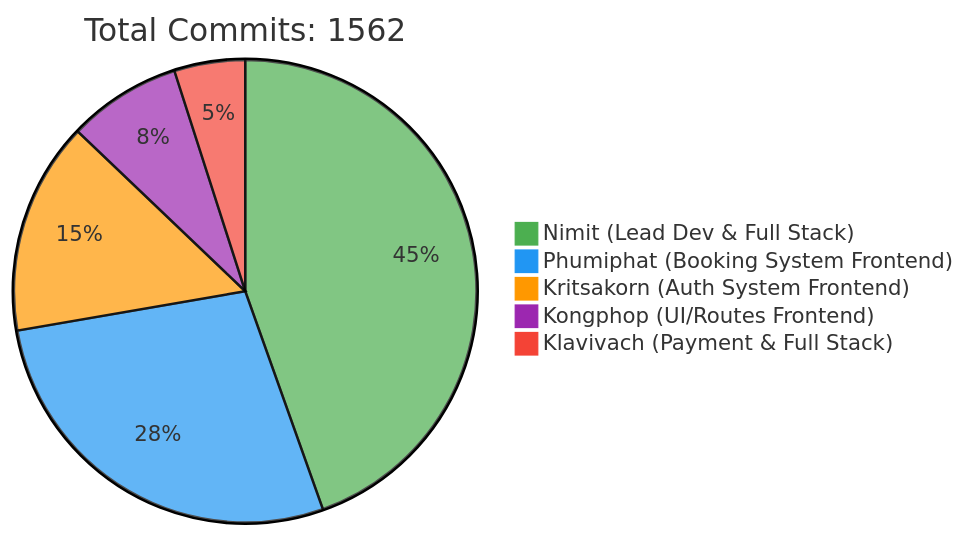
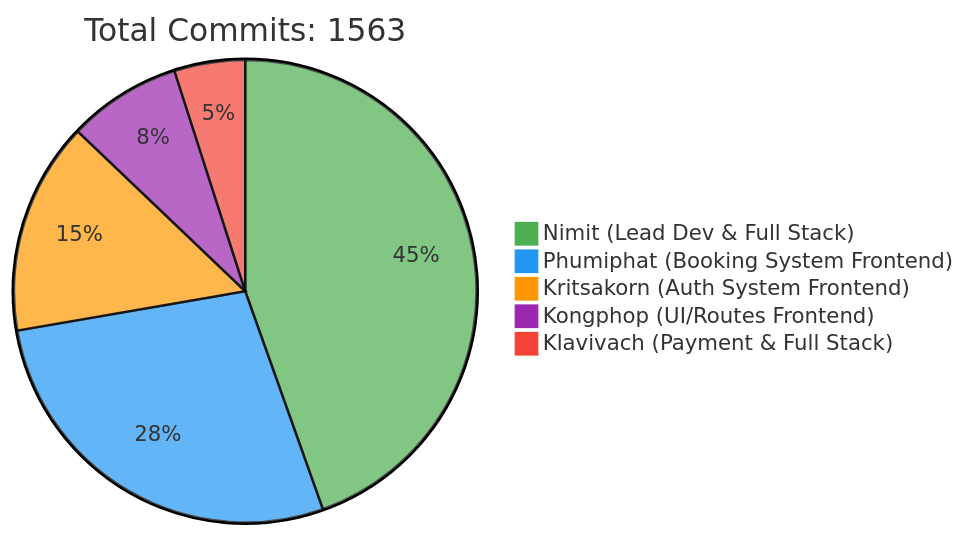
Before and after one commit to 6531503042/Sport-Complex: the first of 2 diagrams in README.md, drawn with Mermaid. The commit also changed other lines of this file, not shown here.

Commit message:
docs: Update contributor statistics [skip ci]

````diff
--- a/README.md
+++ b/README.md
@@ -257,10 +257,10 @@
 ```mermaid
 %%{init: {'theme': 'base', 'themeVariables': { 'pie1': '#4CAF50', 'pie2': '#2196F3', 'pie3': '#FF9800', 'pie4': '#9C27B0', 'pie5': '#F44336'}}}%%
 pie
-    title Total Commits: 1562
+    title Total Commits: 1563
     "Nimit (Lead Dev & Full Stack)" : 450
     "Phumiphat (Booking System Frontend)" : 280
     "Kritsakorn (Auth System Frontend)" : 150
     "Kongphop (UI/Routes Frontend)" : 80
     "Klavivach (Payment & Full Stack)" : 50
 ```
````
